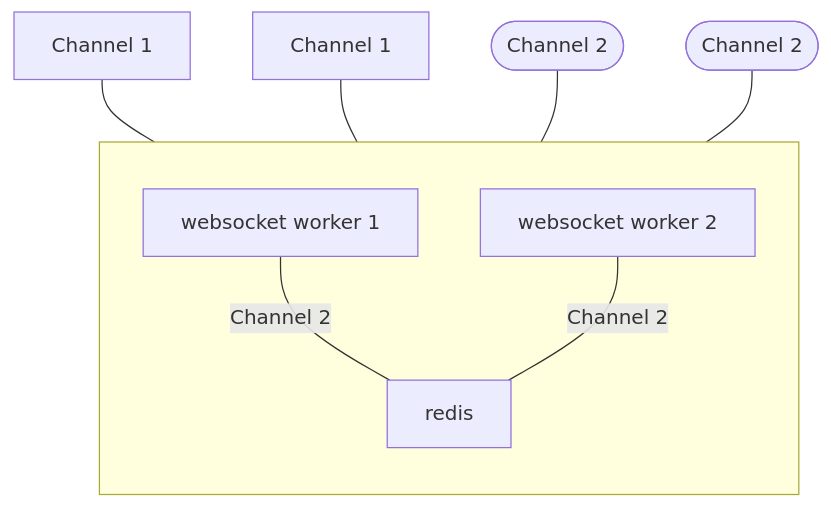
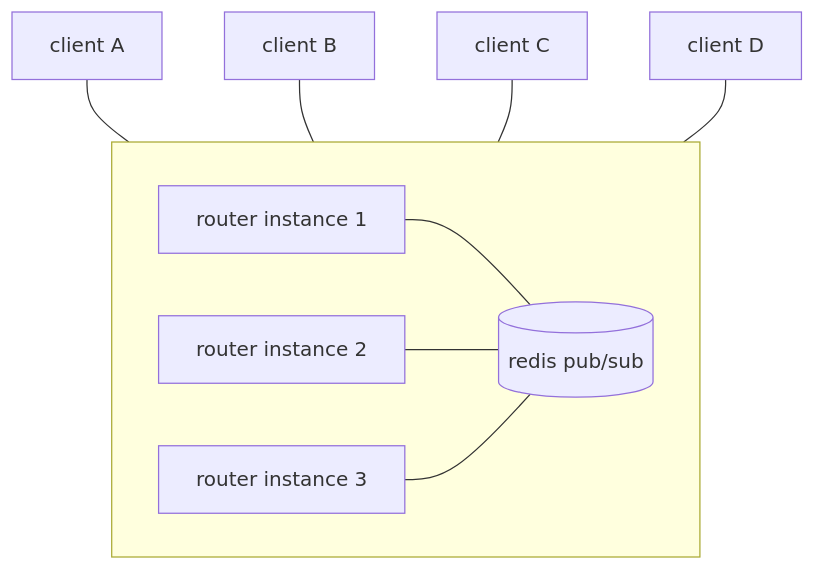
Before and after one commit to metapages/websocket-router: the diagram in README.md, drawn with Mermaid. The commit also changed other lines of this file and 46 other files, not shown here.

````diff
--- a/README.md
+++ b/README.md
@@ -84,23 +60,18 @@
 ```mermaid
-flowchart TD
-    u1["Channel 1"]
-    u2["Channel 1"]
-    u3(["Channel 2"])
-    u4(["Channel 2"])
-	subgraph api [" "]
-		direction TB
-		w1["websocket worker 1"]
-        w2["websocket worker 2"]
+flowchart TB
+    ca["client A"] --- s1
+    cb["client B"] --- s1
+    cc["client C"] --- s2
+    cd["client D"] --- s3
 
-        redis
-        w1 --- |Channel 2| redis
-        w2 --- |Channel 2| redis	
-	end
-
-    u1 --- w1
-    u2 --- w1
-    u3 --- w1
-    u4 --- w2
-
-
+    subgraph cluster [" "]
+      direction LR
+      s1["router instance 1"]
+      s2["router instance 2"]
+      s3["router instance 3"]
+      redis[("redis pub/sub")]
+      s1 --- redis
+      s2 --- redis
+      s3 --- redis
+    end
 ```
````
